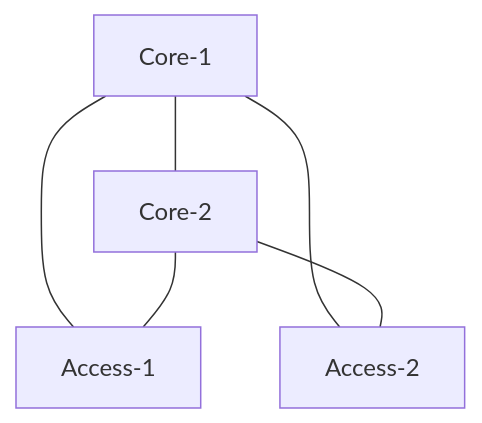
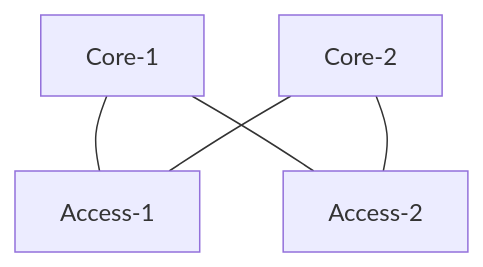
The diagram in EVPN/EVPN-Multihoming-ESILAG/src/EVPN Multihoming-ESILAG.md (Mist-Automation-Programmability/Mist-API-Cookbook), drawn with Mermaid before and after one commit.

Commit message:
Updating Diagram for Multihoming

````diff
--- a/EVPN/EVPN-Multihoming-ESILAG/src/EVPN Multihoming-ESILAG.md
+++ b/EVPN/EVPN-Multihoming-ESILAG/src/EVPN Multihoming-ESILAG.md
@@ -21,7 +21,6 @@
 ```mermaid
 %%{init: {'theme': 'default', "flowchart" : { "curve" : "basis" } } }%%
 graph TD;
     Core-1---Access-1 & Access-2
     Core-2---Access-1 & Access-2
-    Core-1---Core-2
 ```
````
